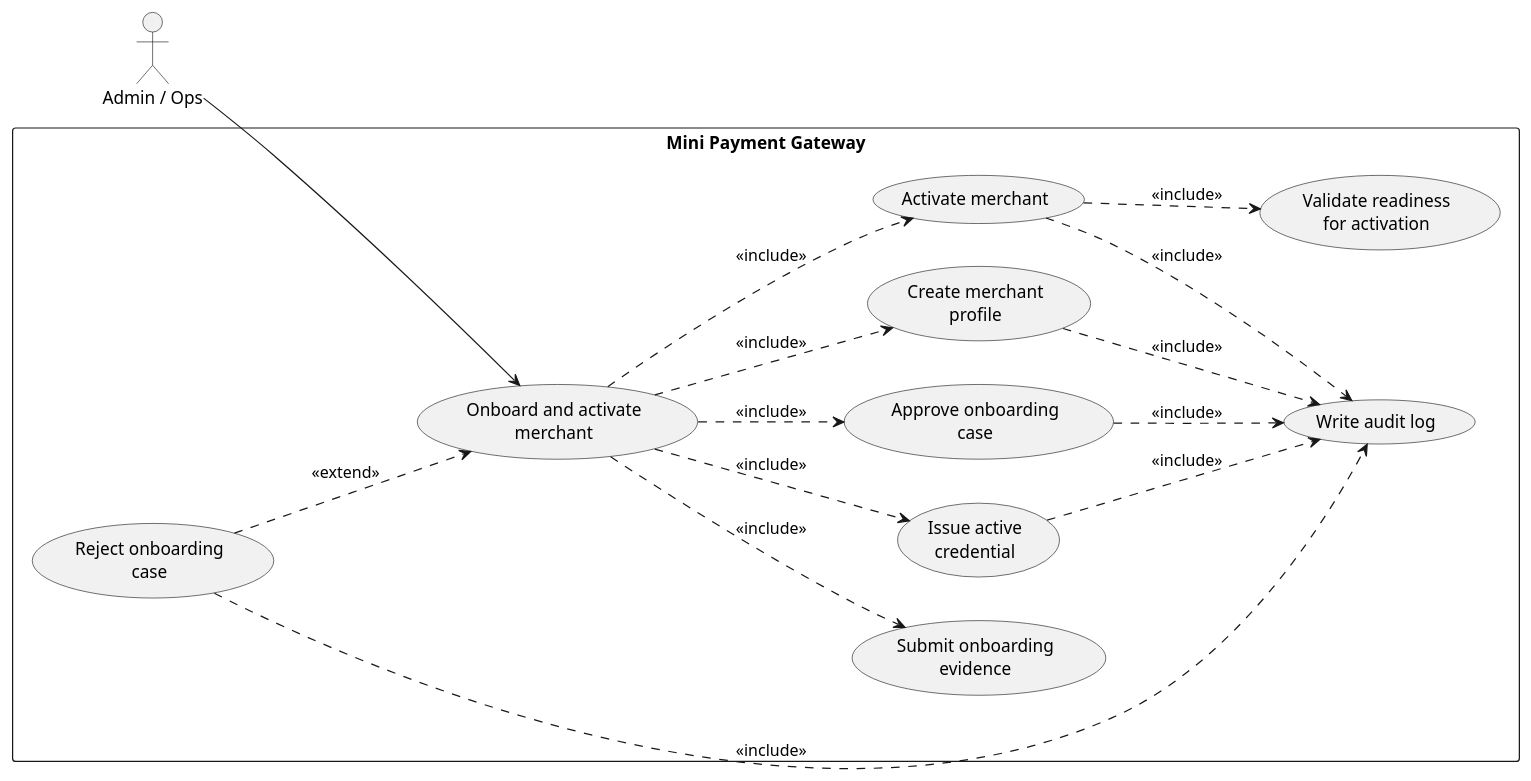
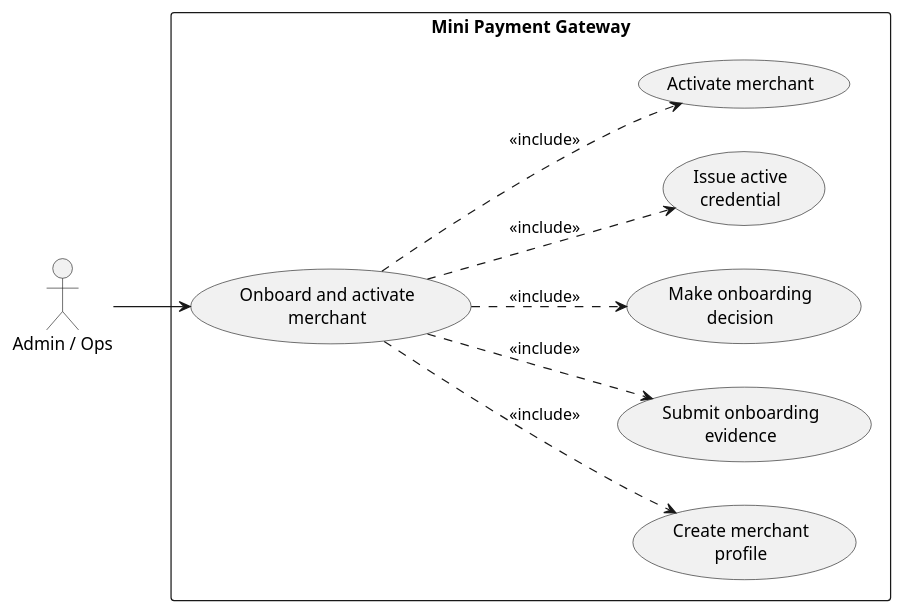
Before and after one commit to biabeogo147/mini-payment-gateway: the second of 6 diagrams in docs/product/use-cases.md, drawn with PlantUML. The commit also changed other lines of this file and 1 other file, not shown here.

Commit message:
update uc diagram

````diff
--- a/docs/product/use-cases.md
+++ b/docs/product/use-cases.md
@@ -98,37 +98,25 @@
 ```plantuml
 @startuml uc001_onboard_and_activate_merchant
 left to right direction
 skinparam packageStyle rectangle
 
 actor "Admin / Ops" as Admin
 
 rectangle "Mini Payment Gateway" {
   usecase "Onboard and activate\nmerchant" as UC001
   usecase "Create merchant\nprofile" as UC_CreateMerchant
   usecase "Submit onboarding\nevidence" as UC_SubmitEvidence
-  usecase "Approve onboarding\ncase" as UC_ApproveOnboarding
-  usecase "Reject onboarding\ncase" as UC_RejectOnboarding
+  usecase "Make onboarding\ndecision" as UC_DecideOnboarding
   usecase "Issue active\ncredential" as UC_IssueCredential
   usecase "Activate merchant" as UC_ActivateMerchant
-  usecase "Validate readiness\nfor activation" as UC_ValidateReadiness
-  usecase "Write audit log" as UC_WriteAudit
 }
 
 Admin --> UC001
 
 UC001 ..> UC_CreateMerchant : <<include>>
 UC001 ..> UC_SubmitEvidence : <<include>>
-UC001 ..> UC_ApproveOnboarding : <<include>>
+UC001 ..> UC_DecideOnboarding : <<include>>
 UC001 ..> UC_IssueCredential : <<include>>
 UC001 ..> UC_ActivateMerchant : <<include>>
-
-UC_ActivateMerchant ..> UC_ValidateReadiness : <<include>>
-UC_RejectOnboarding ..> UC001 : <<extend>>
-
-UC_CreateMerchant ..> UC_WriteAudit : <<include>>
-UC_ApproveOnboarding ..> UC_WriteAudit : <<include>>
-UC_RejectOnboarding ..> UC_WriteAudit : <<include>>
-UC_IssueCredential ..> UC_WriteAudit : <<include>>
-UC_ActivateMerchant ..> UC_WriteAudit : <<include>>
 @enduml
 ```
````
